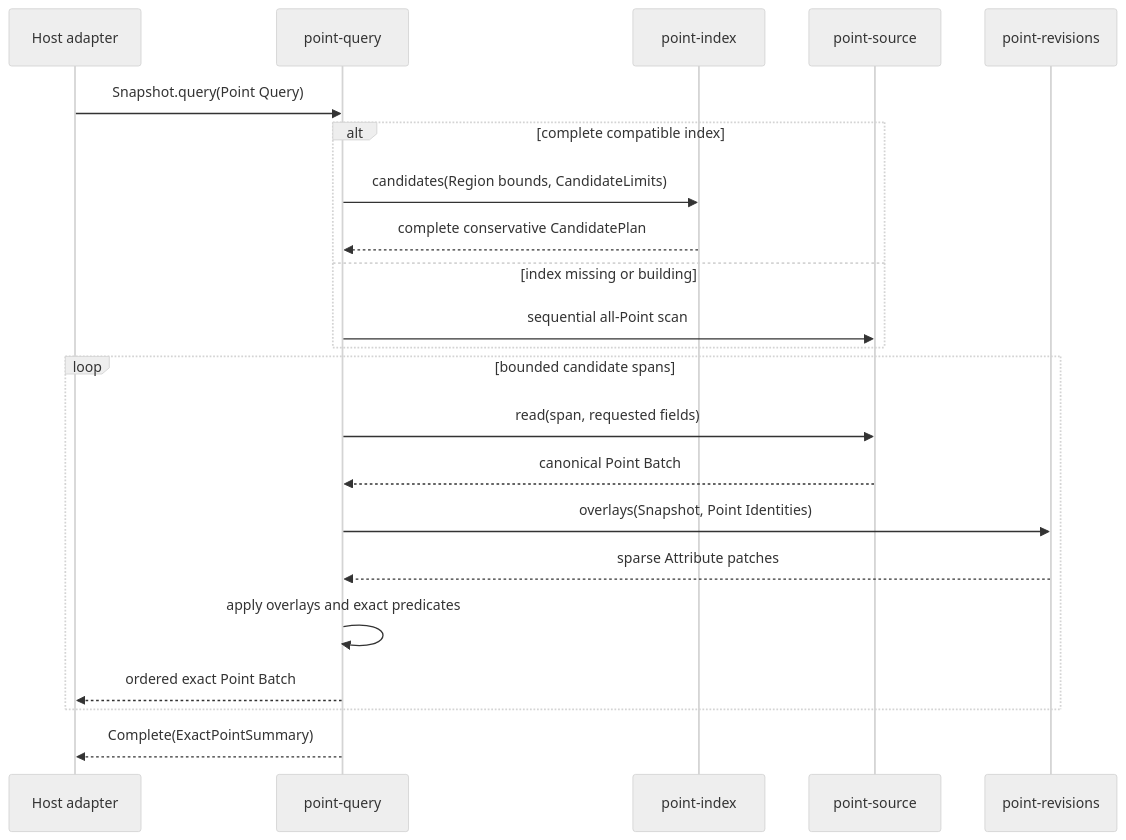
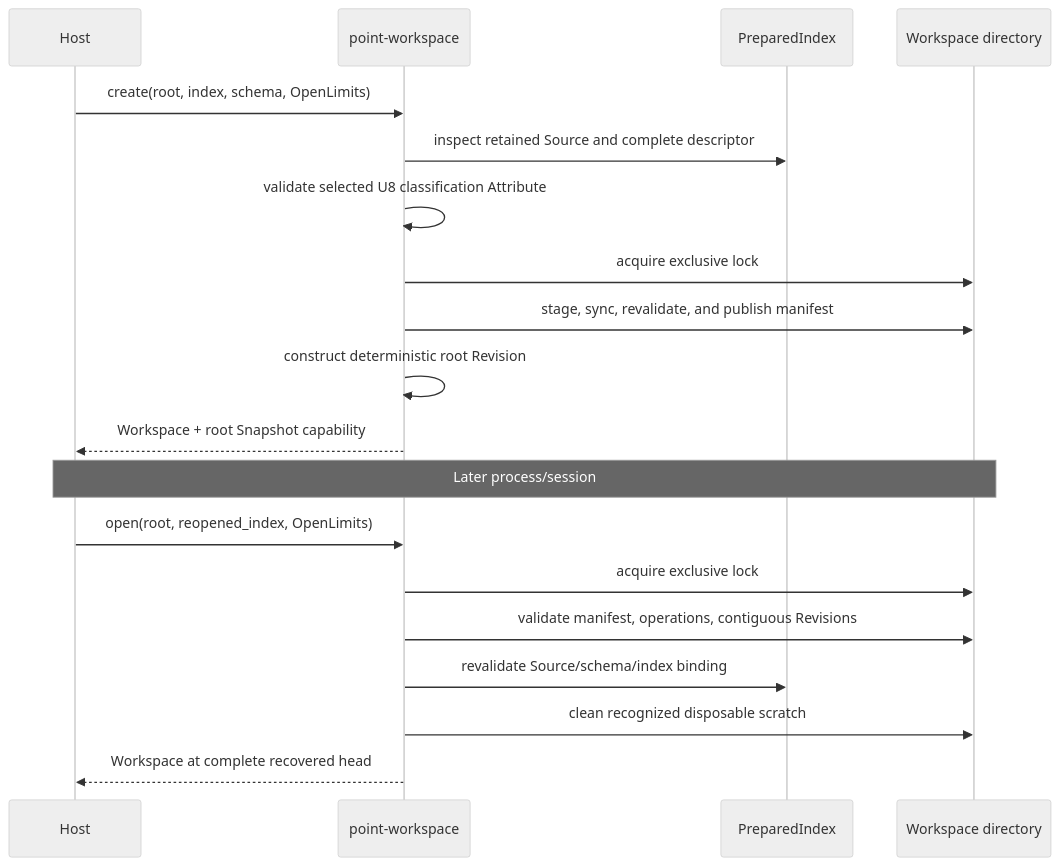
Before and after one commit to xxibcill/punctra: the second of 8 diagrams in docs/architecture/workflows.md, drawn with Mermaid (neutral theme). The commit also changed other lines of this file and 30 other files, not shown here.

```diff
--- a/docs/architecture/workflows.md
+++ b/docs/architecture/workflows.md
@@ -110,28 +59,24 @@
 ~~~mermaid
 sequenceDiagram
-    participant APP as Host adapter
-    participant QRY as point-query
-    participant IDX as point-index
-    participant SRC as point-source
-    participant REV as point-revisions
+    participant HOST as Host
+    participant WS as point-workspace
+    participant IDX as PreparedIndex
+    participant DISK as Workspace directory
 
-    APP->>QRY: Snapshot.query(Point Query)
+    HOST->>WS: create(root, index, schema, OpenLimits)
+    WS->>IDX: inspect retained Source and complete descriptor
+    WS->>WS: validate selected U8 classification Attribute
+    WS->>DISK: acquire exclusive lock
+    WS->>DISK: stage, sync, revalidate, and publish manifest
+    WS->>WS: construct deterministic root Revision
+    WS-->>HOST: Workspace + root Snapshot capability
 
-    alt complete compatible index
-        QRY->>IDX: candidates(Region bounds, CandidateLimits)
-        IDX-->>QRY: complete conservative CandidatePlan
-    else index missing or building
-        QRY->>SRC: sequential all-Point scan
-    end
+    Note over HOST,DISK: Later process/session
 
-    loop bounded candidate spans
-        QRY->>SRC: read(span, requested fields)
-        SRC-->>QRY: canonical Point Batch
-        QRY->>REV: overlays(Snapshot, Point Identities)
-        REV-->>QRY: sparse Attribute patches
-        QRY->>QRY: apply overlays and exact predicates
-        QRY-->>APP: ordered exact Point Batch
-    end
-
-    QRY-->>APP: Complete(ExactPointSummary)
+    HOST->>WS: open(root, reopened_index, OpenLimits)
+    WS->>DISK: acquire exclusive lock
+    WS->>DISK: validate manifest, operations, contiguous Revisions
+    WS->>IDX: revalidate Source/schema/index binding
+    WS->>DISK: clean recognized disposable scratch
+    WS-->>HOST: Workspace at complete recovered head
 ~~~
```
